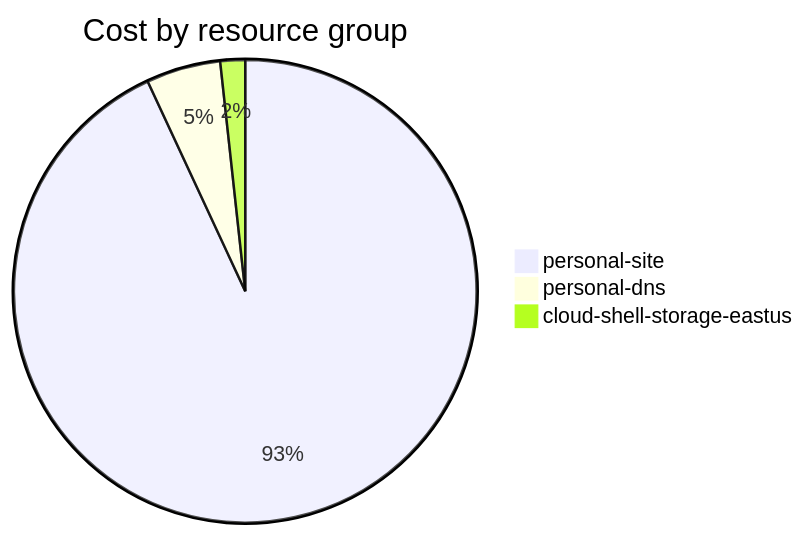
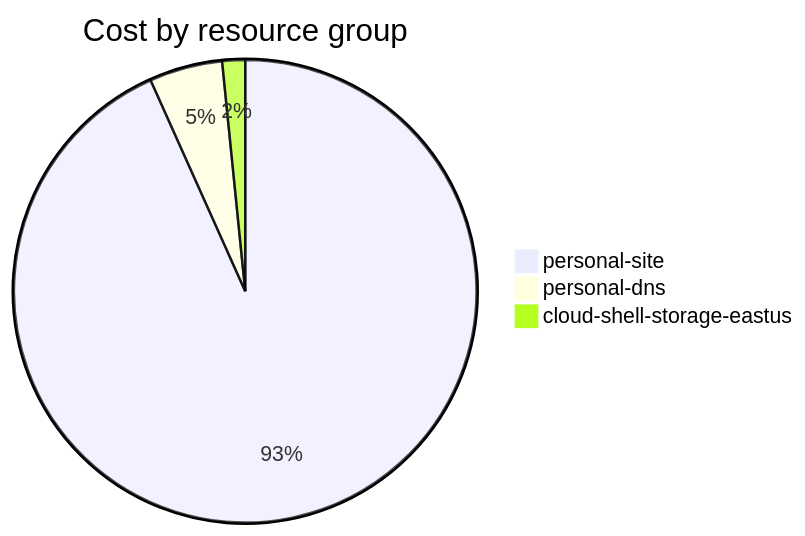
One commit to jpfulton/azure-personal-reports changed the fourth of 4 diagrams in cost-reports/accumulated-cost.md. Above: the diagram before and after it, drawn with Mermaid. The commit also changed other lines of this file and 4 other files, not shown here.

````diff
--- a/cost-reports/accumulated-cost.md
+++ b/cost-reports/accumulated-cost.md
@@ -143,7 +143,7 @@
 ```mermaid
 pie
    title Cost by resource group
-   "personal-site" : 2.15
-   "personal-dns" : 0.12
-   "cloud-shell-storage-eastus" : 0.04
+   "personal-site" : 2.92
+   "personal-dns" : 0.16
+   "cloud-shell-storage-eastus" : 0.05
 ```
````
